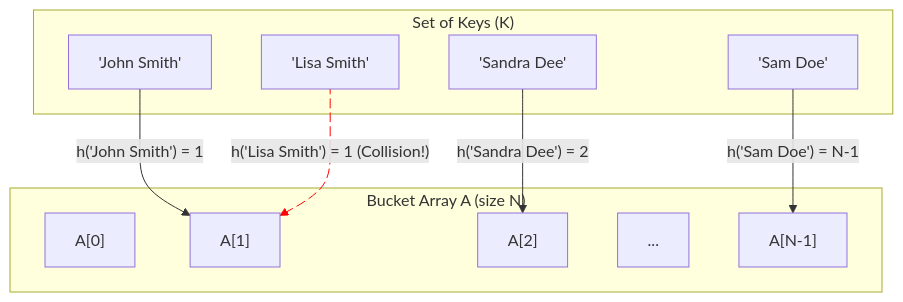
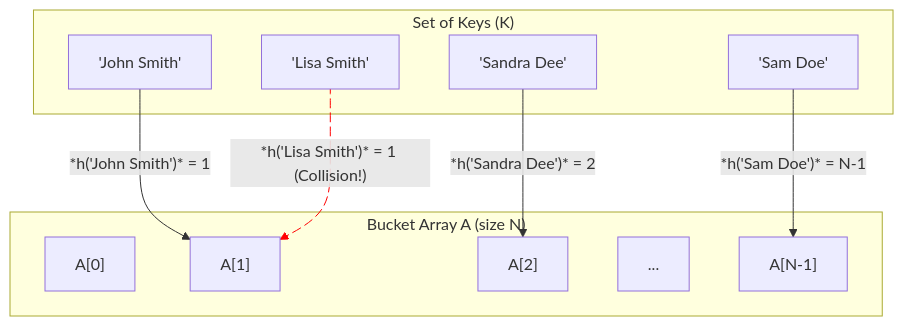
Before and after one commit to ruslylove/datastruct: the second of 6 diagrams in lectures/lect-13-Hash-Tables.md, drawn with Mermaid. The commit also changed other lines of this file and 1 other file, not shown here.

Commit message:
update diagram.

````diff
--- a/lectures/lect-13-Hash-Tables.md
+++ b/lectures/lect-13-Hash-Tables.md
@@ -55,27 +92,27 @@
 ```mermaid {scale:0.88}
 graph TD
     subgraph "Set of Keys (K)"
         K1["'John Smith'"]
         K2["'Lisa Smith'"]
         K3["'Sam Doe'"]
         K4["'Sandra Dee'"]
     end
 
     subgraph "Bucket Array A (size N)"
         B0["A[0]"]
         B1["A[1]"]
         B2["A[2]"]
         B_etc["..."]
         BN["A[N-1]"]
     end
 
-    K1 -- "h('John Smith') = 1" --> B1
-    K2 e1@-- "h('Lisa Smith') = 1 (Collision!)" --> B1
-    K3 -- "h('Sam Doe') = N-1" --> BN
-    K4 -- "h('Sandra Dee') = 2" --> B2
+    K1 -- "*h('John Smith')* = 1" --> B1
+    K2 e1@-- "*h('Lisa Smith')* = 1 (Collision!)" --> B1
+    K3 -- "*h('Sam Doe')* = N-1" --> BN
+    K4 -- "*h('Sandra Dee')* = 2" --> B2
 
     linkStyle 1 stroke:red
         e1@{ animate: true }
 
 
 ```
````
